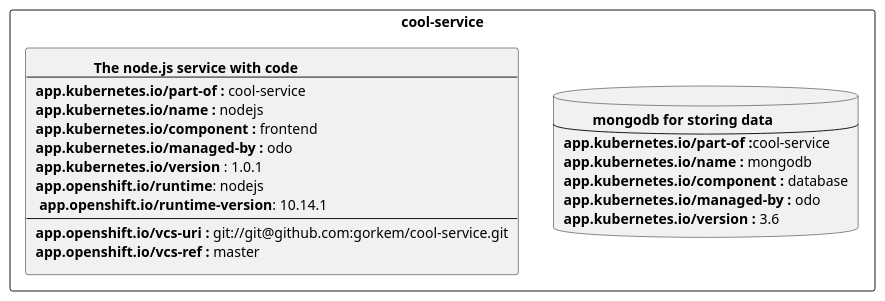
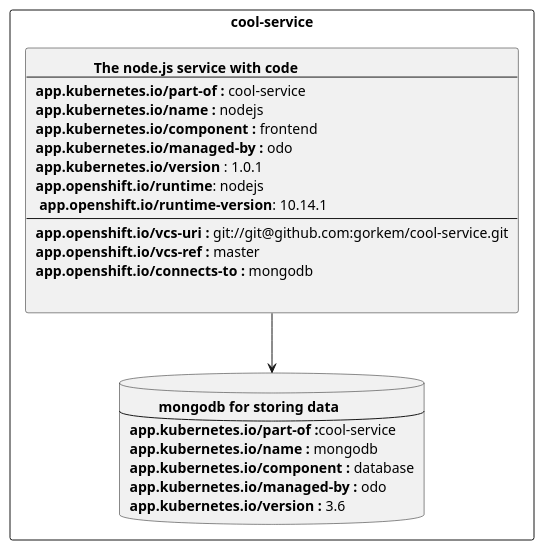
One commit to redhat-developer/app-labels changed the first of 2 diagrams in labels-annotation-for-openshift.adoc. Above: the diagram before and after it, drawn with PlantUML. The commit also changed other lines of this file, not shown here.

Commit message:
move connects-to to annotation

```diff
--- a/labels-annotation-for-openshift.adoc
+++ b/labels-annotation-for-openshift.adoc
@@ -127,32 +127,35 @@
 [plantuml]
 ----
 @startuml
 rectangle cool-service {
     database mongodb   [
                \t<b>mongodb for storing data
             ----
             <b>app.kubernetes.io/part-of :</b>cool-service
             <b>app.kubernetes.io/name :</b> mongodb
             <b>app.kubernetes.io/component :</b> database
             <b>app.kubernetes.io/managed-by :</b> odo
             <b>app.kubernetes.io/version :</b> 3.6
         ]
     rectangle nodejs   [
             \t\t<b>The node.js service with code</b>
             ----
             <b>app.kubernetes.io/part-of :</b> cool-service
             <b>app.kubernetes.io/name :</b> nodejs
             <b>app.kubernetes.io/component :</b> frontend
             <b>app.kubernetes.io/managed-by :</b> odo
             <b>app.kubernetes.io/version</b> : 1.0.1
             <b>app.openshift.io/runtime</b>: nodejs
             <b> app.openshift.io/runtime-version</b>: 10.14.1
             ----
             <b>app.openshift.io/vcs-uri :</b> git://git@github.com:gorkem/cool-service.git
             <b>app.openshift.io/vcs-ref :</b> master
+            <b>app.openshift.io/connects-to :</b> mongodb
+
         ]
+    nodejs --> mongodb
 
 }
 
 @enduml
 ----
```
